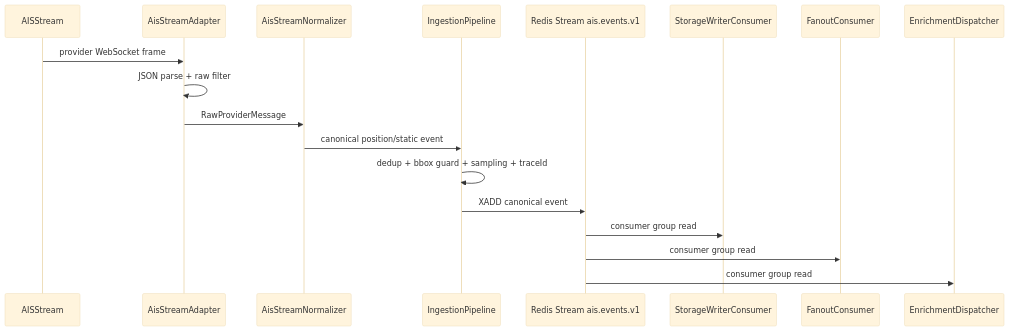
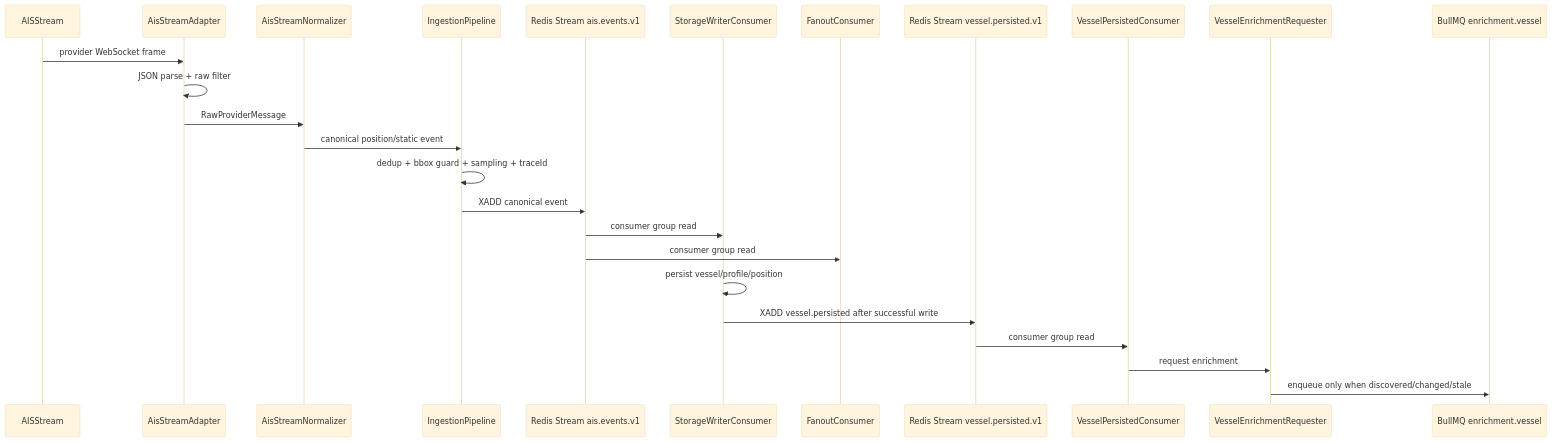
The first of 4 diagrams in docs/architecture-review.md (OlegPavlyuk/ais-tracking-system), drawn with Mermaid (base theme) before and after one commit. The commit also changed other lines of this file and 4 other files, not shown here.

Commit message:
Update enrichment dispatch architecture docs

````diff
--- a/docs/architecture-review.md
+++ b/docs/architecture-review.md
@@ -71,21 +71,28 @@
 ```mermaid
 sequenceDiagram
   participant AS as AISStream
   participant Adapter as AisStreamAdapter
   participant Norm as AisStreamNormalizer
   participant Pipe as IngestionPipeline
   participant Stream as Redis Stream ais.events.v1
   participant Storage as StorageWriterConsumer
   participant RT as FanoutConsumer
-  participant Enrich as EnrichmentDispatcher
+  participant Persisted as Redis Stream vessel.persisted.v1
+  participant PersistedConsumer as VesselPersistedConsumer
+  participant Requester as VesselEnrichmentRequester
+  participant Queue as BullMQ enrichment.vessel
 
   AS->>Adapter: provider WebSocket frame
   Adapter->>Adapter: JSON parse + raw filter
   Adapter->>Norm: RawProviderMessage
   Norm->>Pipe: canonical position/static event
   Pipe->>Pipe: dedup + bbox guard + sampling + traceId
   Pipe->>Stream: XADD canonical event
   Stream->>Storage: consumer group read
   Stream->>RT: consumer group read
-  Stream->>Enrich: consumer group read
+  Storage->>Storage: persist vessel/profile/position
+  Storage->>Persisted: XADD vessel.persisted after successful write
+  Persisted->>PersistedConsumer: consumer group read
+  PersistedConsumer->>Requester: request enrichment
+  Requester->>Queue: enqueue only when discovered/changed/stale
 ```
````
